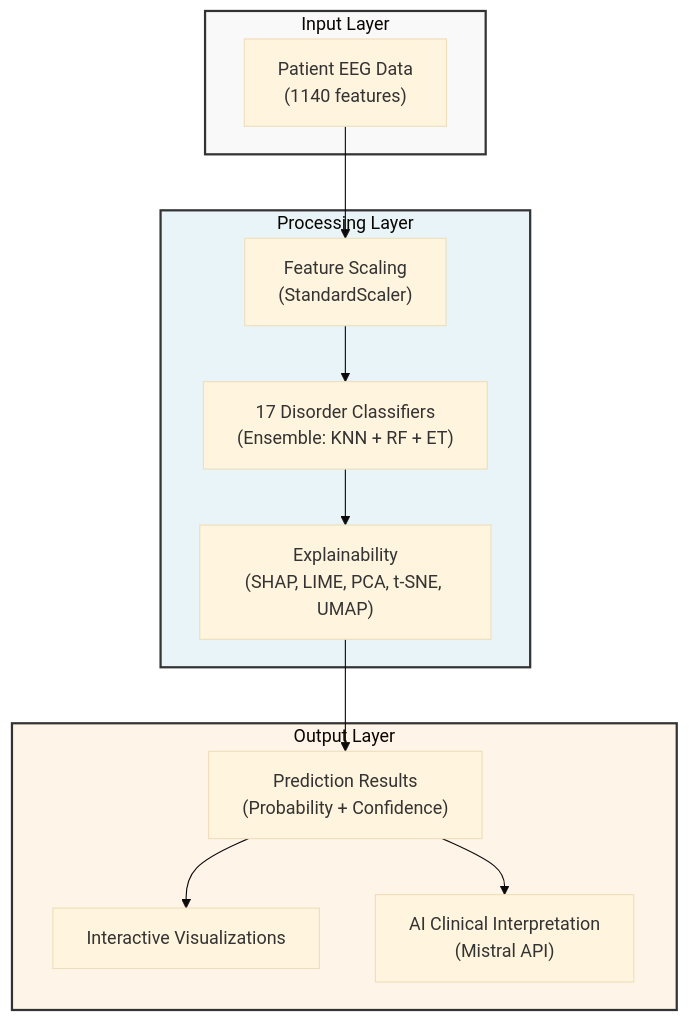
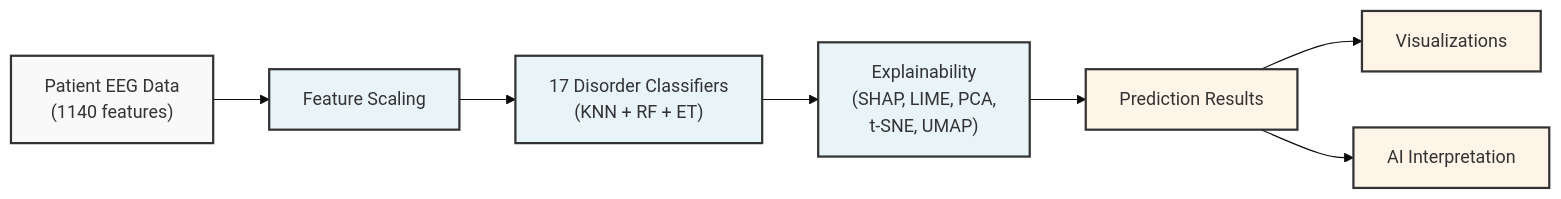
The diagram in architecture.mmd (RahulPatnaik/AIML-LAB-EL), drawn with Mermaid (base theme) before and after one commit. The commit also changed 2 other files, not shown here.

Commit message:
Fix diagram layout - remove arrow overlapping
- Changed from graph to flowchart for better spacing
- Removed subgraphs causing overlap issues
- Cleaner node labels for better rendering
- Proper arrow flow without overlaps

🤖 Generated with [Claude Code](https://claude.com/claude-code)

```diff
--- a/architecture.mmd
+++ b/architecture.mmd
@@ -1,27 +1,23 @@
-graph TB
-    subgraph Input["Input Layer"]
-        Patient["Patient EEG Data<br/>(1140 features)"]
-    end
+flowchart LR
+    A["Patient EEG Data<br/>(1140 features)"]
+    B["Feature Scaling"]
+    C["17 Disorder Classifiers<br/>(KNN + RF + ET)"]
+    D["Explainability<br/>(SHAP, LIME, PCA,<br/>t-SNE, UMAP)"]
+    E["Prediction Results"]
+    F["Visualizations"]
+    G["AI Interpretation"]
 
-    subgraph Processing["Processing Layer"]
-        Scale["Feature Scaling<br/>(StandardScaler)"]
-        Models["17 Disorder Classifiers<br/>(Ensemble: KNN + RF + ET)"]
-        Explain["Explainability<br/>(SHAP, LIME, PCA, t-SNE, UMAP)"]
-    end
+    A --> B
+    B --> C
+    C --> D
+    D --> E
+    E --> F
+    E --> G
 
-    subgraph Output["Output Layer"]
-        Results["Prediction Results<br/>(Probability + Confidence)"]
-        Viz["Interactive Visualizations"]
-        AI["AI Clinical Interpretation<br/>(Mistral API)"]
-    end
-
-    Patient --> Scale
-    Scale --> Models
-    Models --> Explain
-    Explain --> Results
-    Results --> Viz
-    Results --> AI
-
-    style Input fill:#f9f9f9,stroke:#333,stroke-width:2px
-    style Processing fill:#e8f4f8,stroke:#333,stroke-width:2px
-    style Output fill:#fff4e8,stroke:#333,stroke-width:2px
+    style A fill:#f9f9f9,stroke:#333,stroke-width:2px
+    style B fill:#e8f4f8,stroke:#333,stroke-width:2px
+    style C fill:#e8f4f8,stroke:#333,stroke-width:2px
+    style D fill:#e8f4f8,stroke:#333,stroke-width:2px
+    style E fill:#fff4e8,stroke:#333,stroke-width:2px
+    style F fill:#fff4e8,stroke:#333,stroke-width:2px
+    style G fill:#fff4e8,stroke:#333,stroke-width:2px
```
